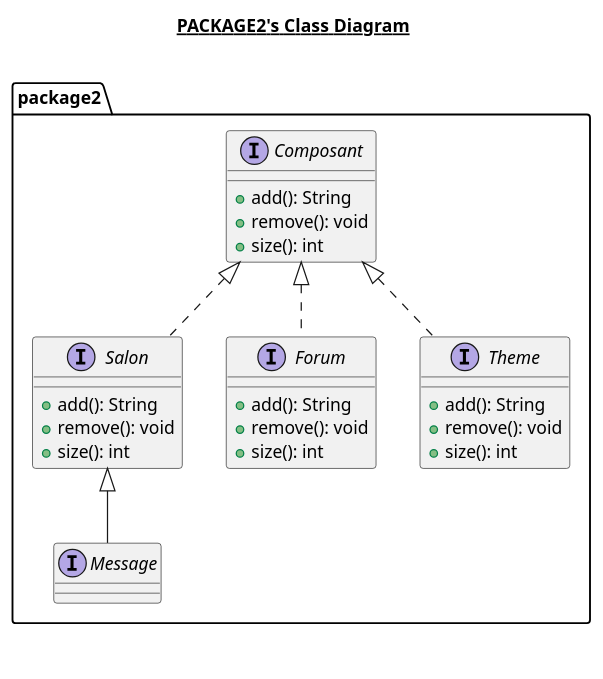
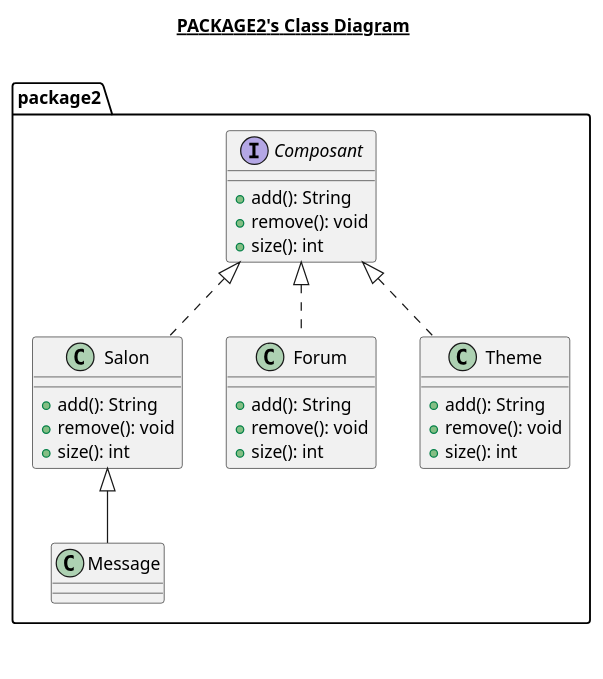
Before and after one commit to AnissElarj/TdMAPC: the diagram in src/package2/package2.plantuml, drawn with PlantUML.

Commit message:
review uml2

```diff
--- a/src/package2/package2.plantuml
+++ b/src/package2/package2.plantuml
@@ -1,52 +1,52 @@
 @startuml
 
 title __PACKAGE2's Class Diagram__\n
 
   namespace package2 {
 
-    interface package2.Forum {
+    class package2.Forum {
      +add(): String
           +remove(): void
           +size(): int
     }
 
-    interface package2.Theme {
+    class package2.Theme {
      +add(): String
           +remove(): void
           +size(): int
       }
 
-    interface package2.Salon {
+    class package2.Salon {
     +add(): String
          +remove(): void
          +size(): int
       }
 
 
-    interface package2.Message {
+    class package2.Message {
       }
 
     interface package2.Composant {
      +add(): String
      +remove(): void
      +size(): int
    }
 
      package2.Salon .up.|> package2.Composant
      package2.Theme .up.|> package2.Composant
      package2.Forum .up.|> package2.Composant
 
      package2.Message -up-|> package2.Salon
 
 
   }
   
 
 
 
 right footer
 
 
 endfooter
 
 @enduml
```
